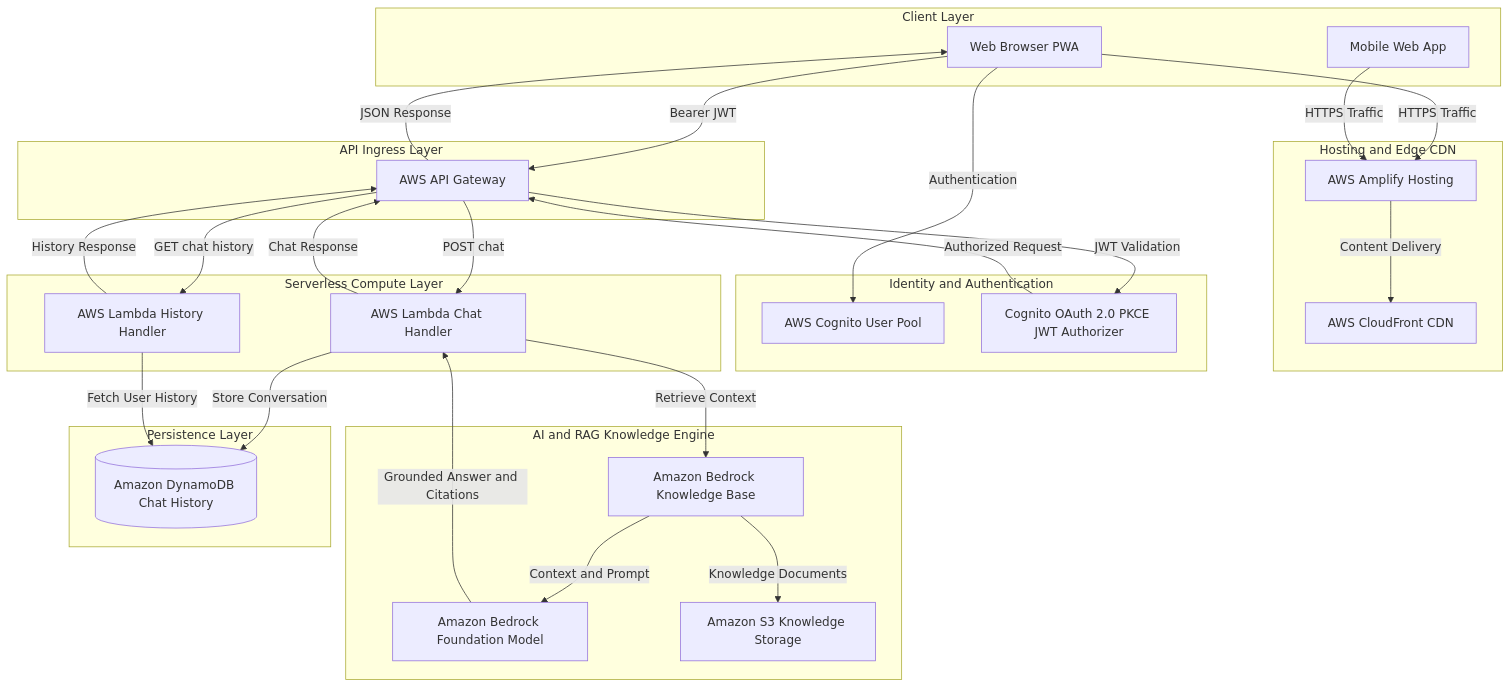
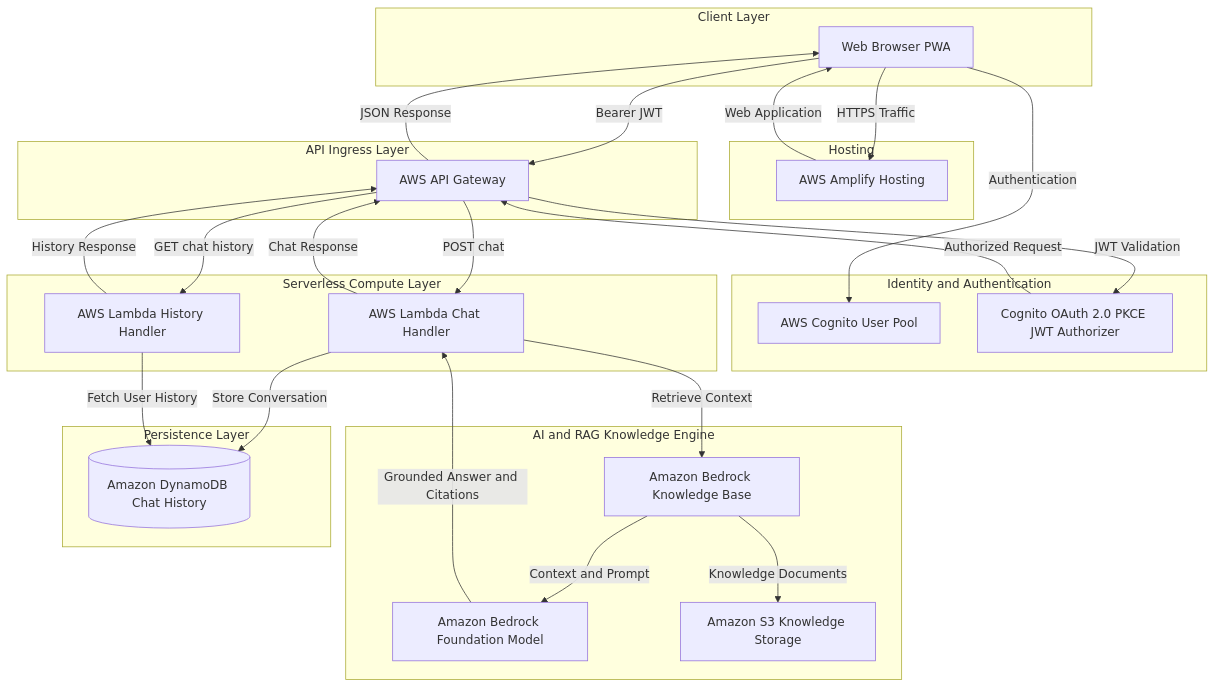
Before and after one commit to sameershaik-07/NIMBUS_HACKATHON: the first of 3 diagrams in README.md, drawn with Mermaid.

Commit message:
Refactor mermaid diagram structure in README

````diff
--- a/README.md
+++ b/README.md
@@ -37,70 +37,68 @@
 ```mermaid
 flowchart TD
 
-    subgraph ClientLayer["Client Layer"]
-        Browser["Web Browser PWA"]
-        Mobile["Mobile Web App"]
-    end
+subgraph ClientLayer["Client Layer"]
+    Browser["Web Browser PWA"]
+end
 
-    subgraph CDNHost["Hosting and Edge CDN"]
-        Amplify["AWS Amplify Hosting"]
-        CloudFront["AWS CloudFront CDN"]
-    end
+subgraph HostingLayer["Hosting"]
+    Amplify["AWS Amplify Hosting"]
+end
 
-    subgraph AuthLayer["Identity and Authentication"]
-        CognitoPool["AWS Cognito User Pool"]
-        CognitoAuth["Cognito OAuth 2.0 PKCE JWT Authorizer"]
-    end
+subgraph AuthLayer["Identity and Authentication"]
+    CognitoPool["AWS Cognito User Pool"]
+    CognitoAuth["Cognito OAuth 2.0 PKCE JWT Authorizer"]
+end
 
-    subgraph APILayer["API Ingress Layer"]
-        APIGateway["AWS API Gateway"]
-    end
+subgraph APILayer["API Ingress Layer"]
+    APIGateway["AWS API Gateway"]
+end
 
-    subgraph ComputeLayer["Serverless Compute Layer"]
-        LambdaChat["AWS Lambda Chat Handler"]
-        LambdaHistory["AWS Lambda History Handler"]
-    end
+subgraph ComputeLayer["Serverless Compute Layer"]
+    LambdaChat["AWS Lambda Chat Handler"]
+    LambdaHistory["AWS Lambda History Handler"]
+end
 
-    subgraph AILayer["AI and RAG Knowledge Engine"]
-        Bedrock["Amazon Bedrock Foundation Model"]
-        BedrockKB["Amazon Bedrock Knowledge Base"]
-        S3Bucket["Amazon S3 Knowledge Storage"]
-    end
+subgraph AILayer["AI and RAG Knowledge Engine"]
+    Bedrock["Amazon Bedrock Foundation Model"]
+    BedrockKB["Amazon Bedrock Knowledge Base"]
+    S3Bucket["Amazon S3 Knowledge Storage"]
+end
 
-    subgraph StorageLayer["Persistence Layer"]
-        DynamoDB[("Amazon DynamoDB Chat History")]
-    end
+subgraph StorageLayer["Persistence Layer"]
+    DynamoDB[("Amazon DynamoDB Chat History")]
+end
 
 
-    Browser -->|"HTTPS Traffic"| Amplify
-    Mobile -->|"HTTPS Traffic"| Amplify
+Browser -->|"HTTPS Traffic"| Amplify
 
-    Amplify -->|"Content Delivery"| CloudFront
+Amplify -->|"Web Application"| Browser
 
 
-    Browser -->|"Authentication"| CognitoPool
-    Browser -->|"Bearer JWT"| APIGateway
+Browser -->|"Authentication"| CognitoPool
+Browser -->|"Bearer JWT"| APIGateway
 
-    APIGateway -->|"JWT Validation"| CognitoAuth
-    CognitoAuth -->|"Authorized Request"| APIGateway
+APIGateway -->|"JWT Validation"| CognitoAuth
+CognitoAuth -->|"Authorized Request"| APIGateway
 
 
-    APIGateway -->|"POST chat"| LambdaChat
-    APIGateway -->|"GET chat history"| LambdaHistory
+APIGateway -->|"POST chat"| LambdaChat
+APIGateway -->|"GET chat history"| LambdaHistory
 
 
-    LambdaChat -->|"Retrieve Context"| BedrockKB
-    BedrockKB -->|"Knowledge Documents"| S3Bucket
-    BedrockKB -->|"Context and Prompt"| Bedrock
-    Bedrock -->|"Grounded Answer and Citations"| LambdaChat
+LambdaChat -->|"Retrieve Context"| BedrockKB
+BedrockKB -->|"Knowledge Documents"| S3Bucket
+BedrockKB -->|"Context and Prompt"| Bedrock
+Bedrock -->|"Grounded Answer and Citations"| LambdaChat
 
 
-    LambdaChat -->|"Store Conversation"| DynamoDB
-    LambdaHistory -->|"Fetch User History"| DynamoDB
+LambdaChat -->|"Store Conversation"| DynamoDB
+LambdaHistory -->|"Fetch User History"| DynamoDB
 
 
-    LambdaChat -->|"Chat Response"| APIGateway
-    LambdaHistory -->|"History Response"| APIGateway
+LambdaChat -->|"Chat Response"| APIGateway
+LambdaHistory -->|"History Response"| APIGateway
 
-    APIGateway -->|"JSON Response"| Browser
+
+APIGateway -->|"JSON Response"| Browser
 ```
````
